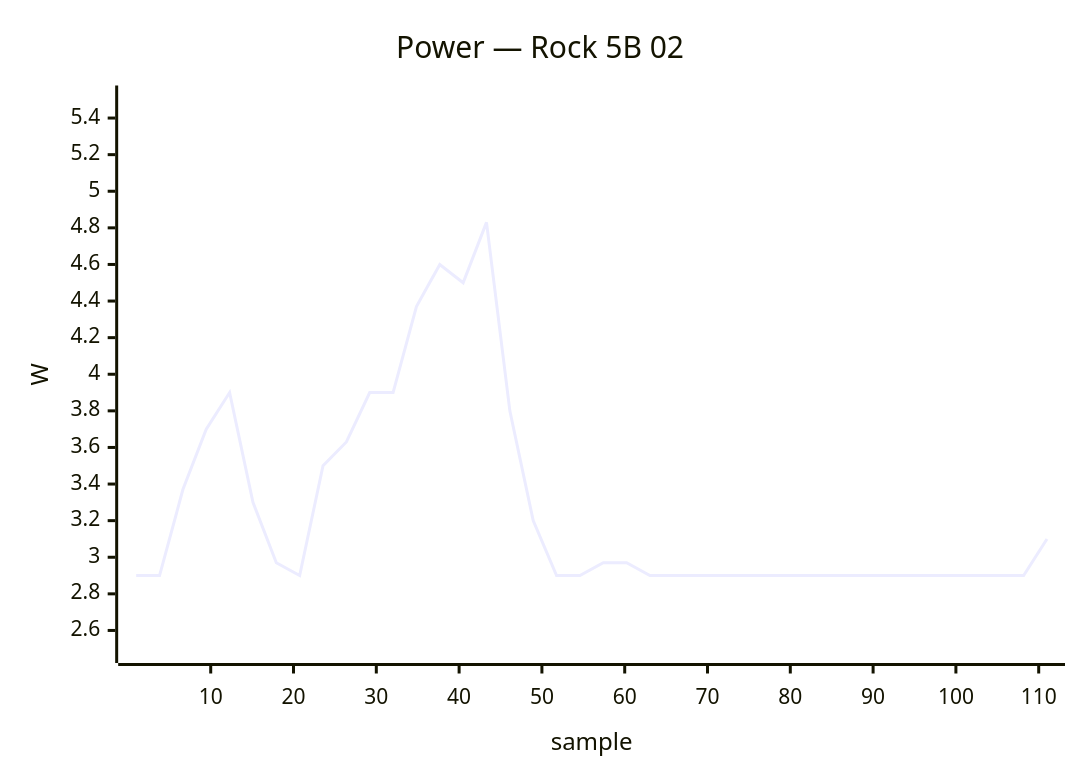
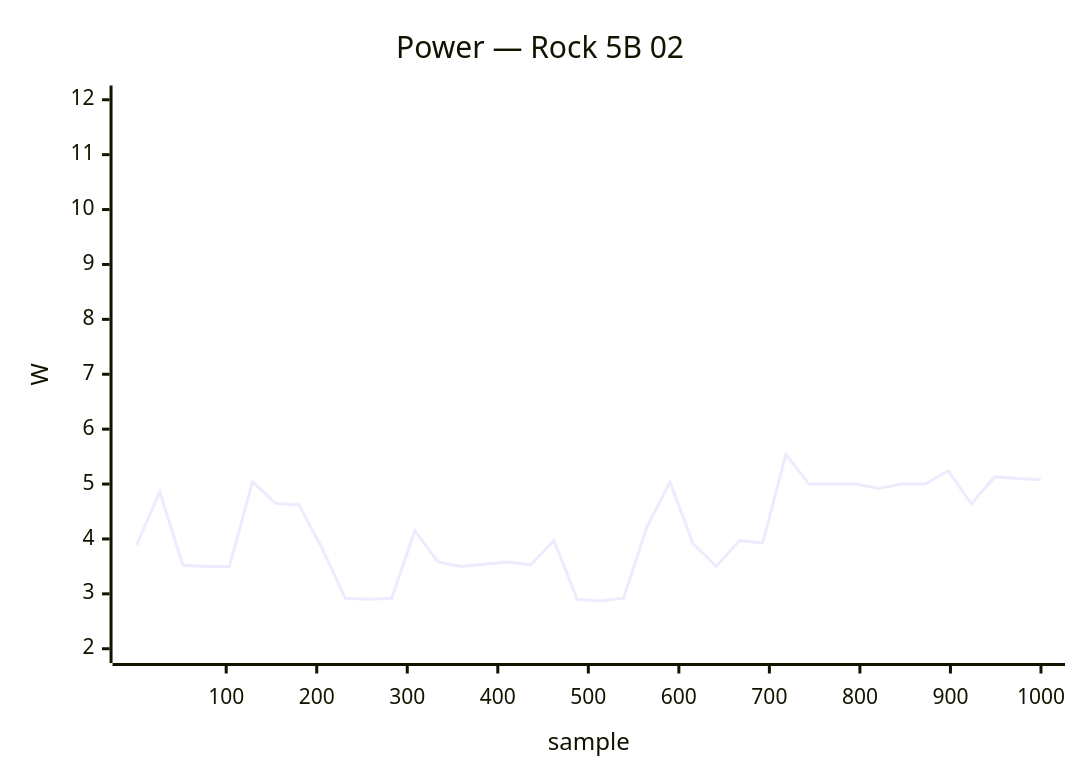
Before and after one commit to armbian/documentation: the fourth of 34 diagrams in docs/status/board-tests.md, drawn with Mermaid. The commit also changed other lines of this file, not shown here.

````diff
--- a/docs/status/board-tests.md
+++ b/docs/status/board-tests.md
@@ -198,7 +198,7 @@
 ```mermaid
 xychart-beta
     title "Power — Rock 5B 02"
-    x-axis "sample" 1 --> 111
-    y-axis "W" 2.5 --> 5.5
-    line [2.90, 2.90, 3.37, 3.70, 3.90, 3.30, 2.97, 2.90, 3.50, 3.63, 3.90, 3.90, 4.37, 4.60, 4.50, 4.83, 3.80, 3.20, 2.90, 2.90, 2.97, 2.97, 2.90, 2.90, 2.90, 2.90, 2.90, 2.90, 2.90, 2.90, 2.90, 2.90, 2.90, 2.90, 2.90, 2.90, 2.90, 2.90, 2.90, 3.10]
+    x-axis "sample" 1 --> 1000
+    y-axis "W" 2.0 --> 12.0
+    line [3.89, 4.86, 3.52, 3.50, 3.50, 5.04, 4.65, 4.62, 3.83, 2.92, 2.90, 2.92, 4.15, 3.58, 3.50, 3.54, 3.58, 3.53, 3.97, 2.90, 2.87, 2.92, 4.21, 5.04, 3.91, 3.50, 3.97, 3.93, 5.54, 5.00, 5.00, 5.00, 4.92, 5.00, 5.00, 5.24, 4.64, 5.13, 5.10, 5.08]
 ```
````
